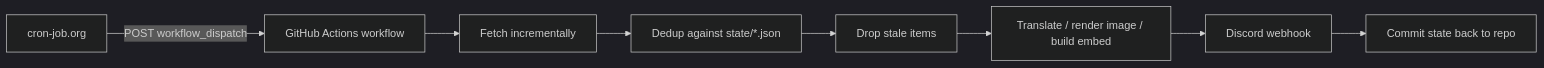
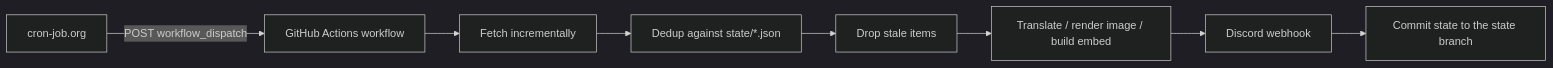
Before and after one commit to EST320/discord-news: the diagram in README.md, drawn with Mermaid (dark theme). The commit also changed other lines of this file and 9 other files, not shown here.

````diff
--- a/README.md
+++ b/README.md
@@ -24,10 +24,10 @@
 ```mermaid
 flowchart LR
     cron[cron-job.org] -- "POST workflow_dispatch" --> gha[GitHub Actions workflow]
     gha --> fetch[Fetch incrementally]
     fetch --> dedup[Dedup against state/*.json]
     dedup --> filter[Drop stale items]
     filter --> format[Translate / render image / build embed]
     format --> discord[Discord webhook]
-    discord --> commit[Commit state back to repo]
+    discord --> commit[Commit state to the state branch]
 ```
````
